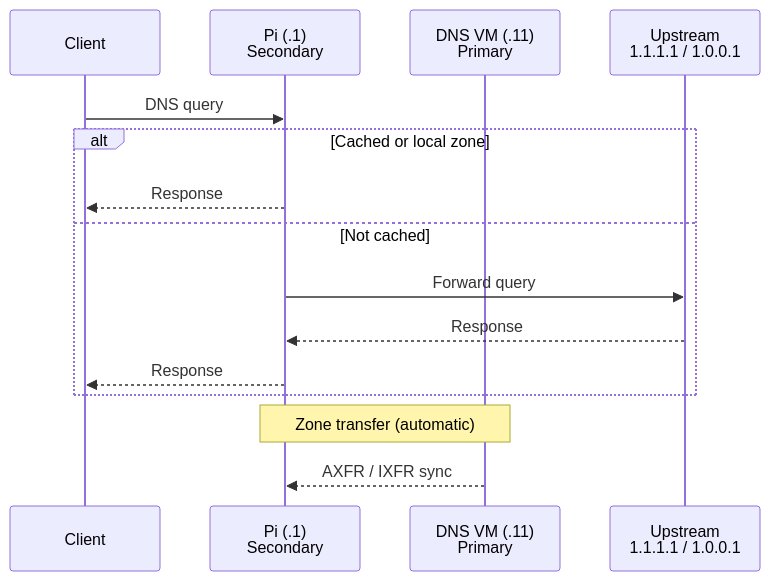
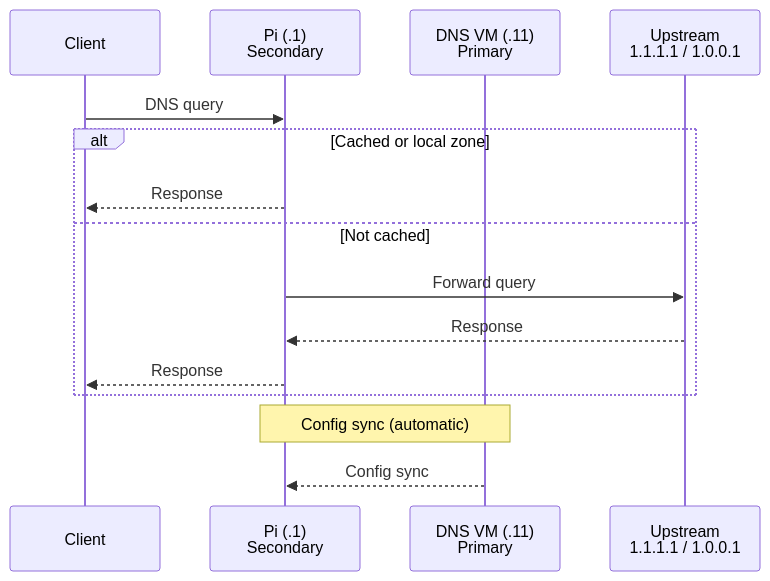
The diagram in docs/stack/network.md (lucid-void/homelab), drawn with Mermaid before and after one commit. The commit also changed other lines of this file and 8 other files, not shown here.

First line of the commit message:
docs: apply architecture review remediation

````diff
--- a/docs/stack/network.md
+++ b/docs/stack/network.md
@@ -41,19 +41,19 @@
 ```mermaid
 sequenceDiagram
     participant C as Client
     participant Pi as Pi (.1)<br/>Secondary
     participant DNS as DNS VM (.11)<br/>Primary
     participant Up as Upstream<br/>1.1.1.1 / 1.0.0.1
 
     C->>Pi: DNS query
     alt Cached or local zone
         Pi-->>C: Response
     else Not cached
         Pi->>Up: Forward query
         Up-->>Pi: Response
         Pi-->>C: Response
     end
 
-    Note over DNS,Pi: Zone transfer (automatic)
-    DNS-->>Pi: AXFR / IXFR sync
+    Note over DNS,Pi: Config sync (automatic)
+    DNS-->>Pi: Config sync
 ```
````
